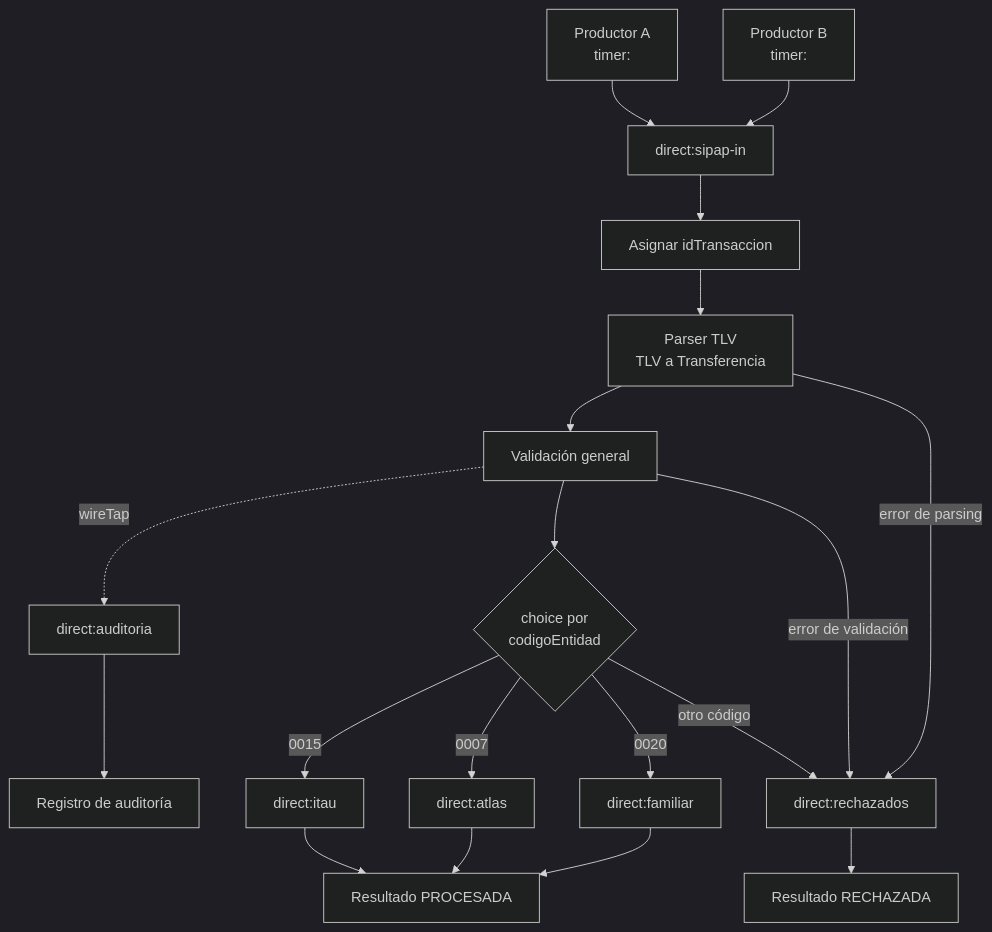
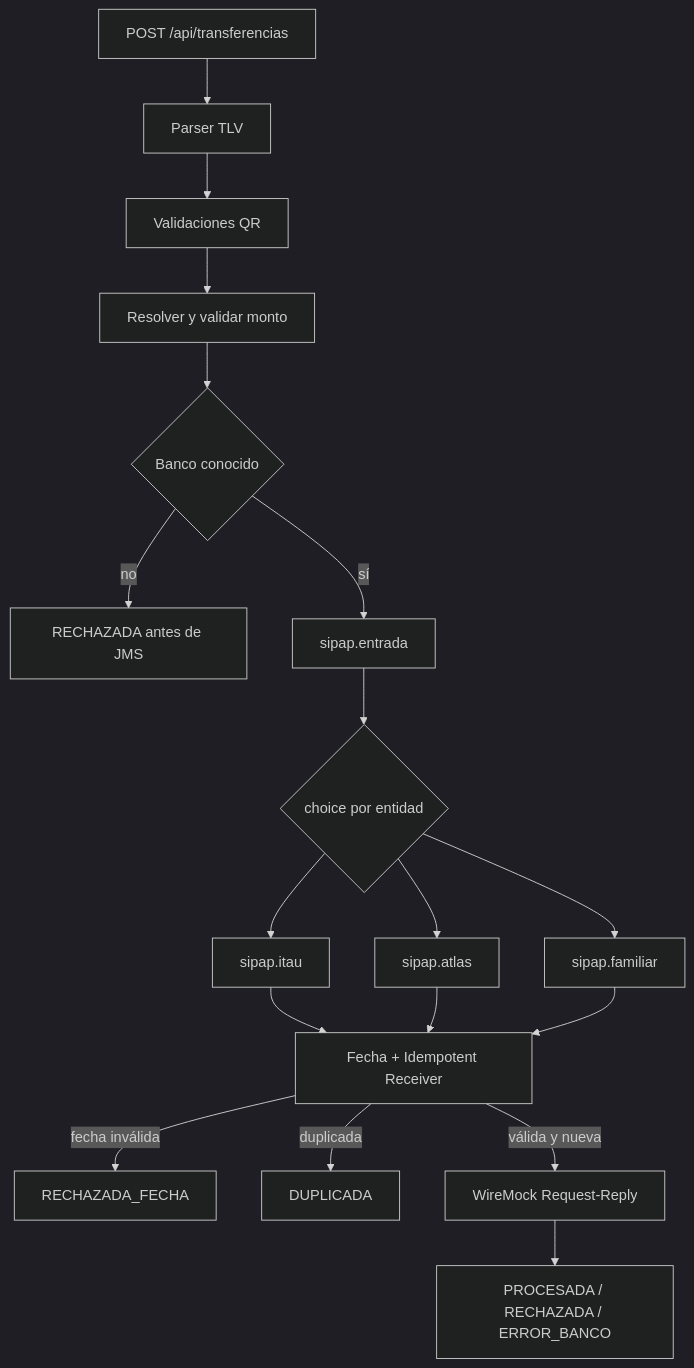
Before and after one commit to PauliDuarte/proyecto-camel-sipap: the diagram in README.md, drawn with Mermaid (dark theme). The commit also changed other lines of this file and 155 other files, not shown here.

Commit message:
Implementar base de Tarea 2 con Artemis y WireMock

````diff
--- a/README.md
+++ b/README.md
@@ -235,24 +79,20 @@
 ```mermaid
 flowchart TD
-    A[Productor A<br/>timer:] --> IN[direct:sipap-in]
-    B[Productor B<br/>timer:] --> IN
-
-    IN --> ID[Asignar idTransaccion]
-    ID --> P[Parser TLV<br/>TLV a Transferencia]
-    P --> V[Validación general]
-    V -. wireTap .-> AU[direct:auditoria]
-    AU --> AL[Registro de auditoría]
-
-    V --> C{choice por<br/>codigoEntidad}
-    C -->|0015| I[direct:itau]
-    C -->|0007| AT[direct:atlas]
-    C -->|0020| F[direct:familiar]
-    I --> OK[Resultado PROCESADA]
-    AT --> OK
-    F --> OK
-
-    C -->|otro código| R[direct:rechazados]
-    P -->|error de parsing| R
-    V -->|error de validación| R
-    R --> NOK[Resultado RECHAZADA]
+    API[POST /api/transferencias] --> TLV[Parser TLV]
+    TLV --> VAL[Validaciones QR]
+    VAL --> MONTO[Resolver y validar monto]
+    MONTO --> BANCO{Banco conocido}
+    BANCO -->|no| RECHAZADA[RECHAZADA antes de JMS]
+    BANCO -->|sí| ENTRADA[sipap.entrada]
+    ENTRADA --> ROUTER{choice por entidad}
+    ROUTER --> ITAU[sipap.itau]
+    ROUTER --> ATLAS[sipap.atlas]
+    ROUTER --> FAMILIAR[sipap.familiar]
+    ITAU --> CONSUMIDOR[Fecha + Idempotent Receiver]
+    ATLAS --> CONSUMIDOR
+    FAMILIAR --> CONSUMIDOR
+    CONSUMIDOR -->|fecha inválida| RF[RECHAZADA_FECHA]
+    CONSUMIDOR -->|duplicada| DUP[DUPLICADA]
+    CONSUMIDOR -->|válida y nueva| MOCK[WireMock Request-Reply]
+    MOCK --> RESULTADO[PROCESADA / RECHAZADA / ERROR_BANCO]
 ```
````
